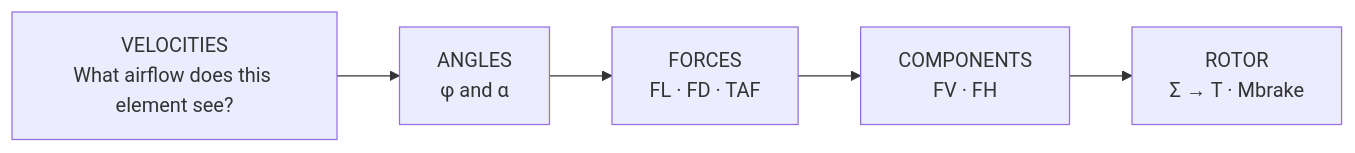
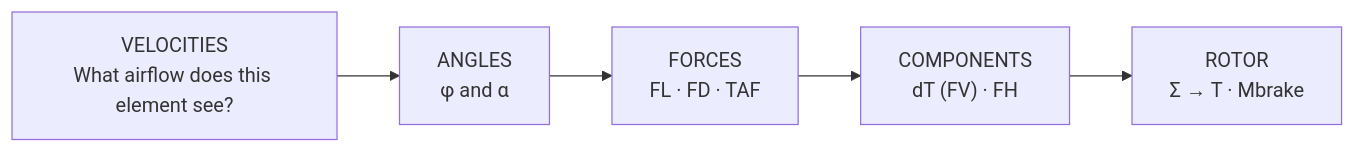
The first of 2 diagrams in docs/curriculum/MODULE-1-VISUAL-SYSTEM.md (ZanneRay/ATPL-H-Learning-Ecosystem), drawn with Mermaid before and after one commit. The commit also changed other lines of this file, not shown here.

````diff
--- a/docs/curriculum/MODULE-1-VISUAL-SYSTEM.md
+++ b/docs/curriculum/MODULE-1-VISUAL-SYSTEM.md
@@ -15,7 +18,7 @@
 ```mermaid
 flowchart LR
     V["VELOCITIES<br/>What airflow does this element see?"] --> A["ANGLES<br/>φ and α"]
     A --> F["FORCES<br/>FL · FD · TAF"]
-    F --> C["COMPONENTS<br/>FV · FH"]
+    F --> C["COMPONENTS<br/>dT (FV) · FH"]
     C --> R["ROTOR<br/>Σ → T · Mbrake"]
 ```
````
